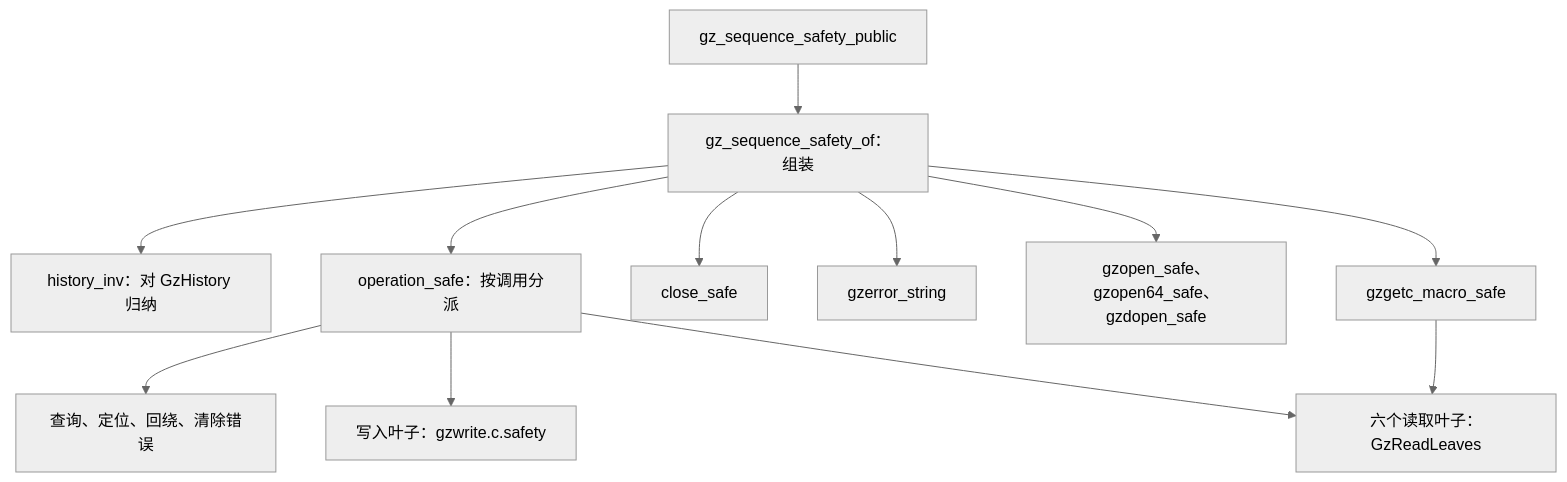
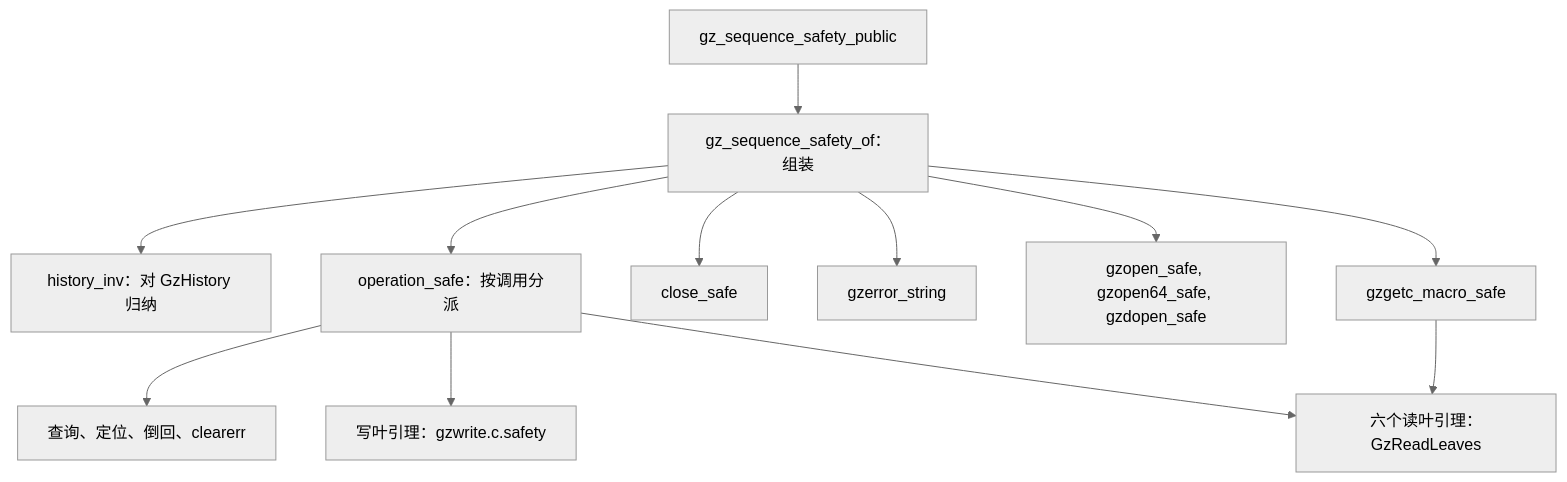
The first of 2 diagrams in docs/proof/gzip.zh.md (cla7aye15I4nd/oss-proof), drawn with Mermaid (neutral theme) before and after one commit. The commit also changed other lines of this file and 1 other file, not shown here.

````diff
--- a/docs/proof/gzip.zh.md
+++ b/docs/proof/gzip.zh.md
@@ -138,14 +149,14 @@
 ```mermaid
 flowchart TD
     G["gz_sequence_safety_public"] --> A["gz_sequence_safety_of：组装"]
     A --> H["history_inv：对 GzHistory 归纳"]
     A --> O["operation_safe：按调用分派"]
     A --> C["close_safe"]
     A --> E["gzerror_string"]
-    A --> P["gzopen_safe、gzopen64_safe、gzdopen_safe"]
-    O --> Q["查询、定位、回绕、清除错误"]
-    O --> W["写入叶子：gzwrite.c.safety"]
-    O --> R["六个读取叶子：GzReadLeaves"]
+    A --> P["gzopen_safe, gzopen64_safe, gzdopen_safe"]
+    O --> Q["查询、定位、倒回、clearerr"]
+    O --> W["写叶引理：gzwrite.c.safety"]
+    O --> R["六个读叶引理：GzReadLeaves"]
     A --> M["gzgetc_macro_safe"]
     M --> R
 ```
````
